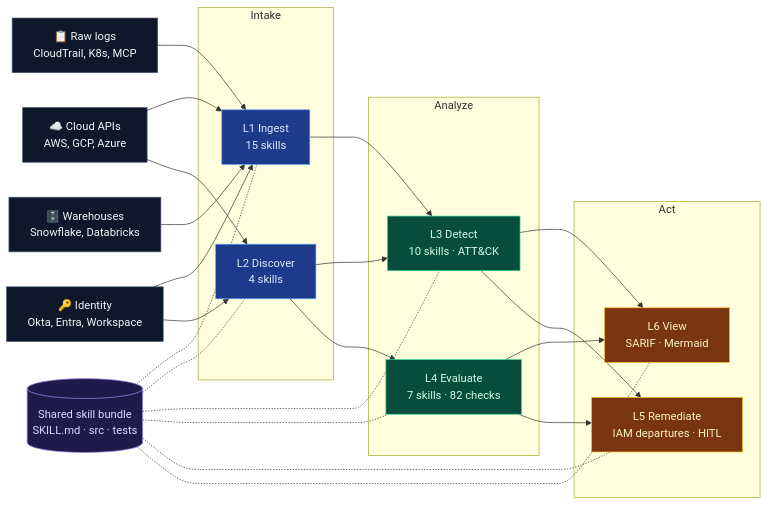
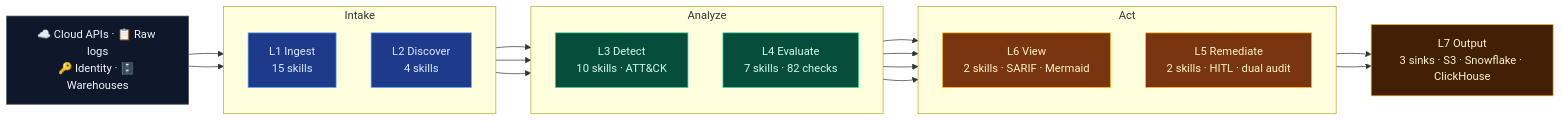
One commit to msaad00/cloud-ai-security-skills changed the first of 3 diagrams in README.md. Above: the diagram before and after it, drawn with Mermaid. The commit also changed 3 other files, not shown here.

First line of the commit message:
fix(docs): architecture mermaid cleanup + ARCHITECTURE layer-count wording + skill-count CI guard

````diff
--- a/README.md
+++ b/README.md
@@ -54,50 +54,39 @@
 ```mermaid
 flowchart LR
     classDef signal fill:#0f172a,stroke:#475569,color:#f1f5f9
     classDef intake fill:#1e3a8a,stroke:#60a5fa,color:#dbeafe
     classDef analyze fill:#064e3b,stroke:#34d399,color:#d1fae5
     classDef act fill:#78350f,stroke:#fbbf24,color:#fef3c7
-    classDef bundle fill:#1e1b4b,stroke:#a78bfa,color:#ddd6fe
+    classDef sink fill:#422006,stroke:#fbbf24,color:#fef3c7
 
-    cloud["☁️ Cloud APIs<br/>AWS, GCP, Azure"]:::signal
-    logs["📋 Raw logs<br/>CloudTrail, K8s, MCP"]:::signal
-    idp["🔑 Identity<br/>Okta, Entra, Workspace"]:::signal
-    lake["🗄️ Warehouses<br/>Snowflake, Databricks"]:::signal
+    sig["☁️ Cloud APIs · 📋 Raw logs<br/>🔑 Identity · 🗄️ Warehouses"]:::signal
 
     subgraph Intake
+        direction TB
         ingest["L1 Ingest<br/>15 skills"]:::intake
         discover["L2 Discover<br/>4 skills"]:::intake
     end
     subgraph Analyze
+        direction TB
         detect["L3 Detect<br/>10 skills · ATT&amp;CK"]:::analyze
         evaluate["L4 Evaluate<br/>7 skills · 82 checks"]:::analyze
     end
     subgraph Act
-        remediate["L5 Remediate<br/>IAM departures · HITL"]:::act
-        view["L6 View<br/>SARIF · Mermaid"]:::act
+        direction TB
+        view["L6 View<br/>2 skills · SARIF · Mermaid"]:::act
+        remediate["L5 Remediate<br/>2 skills · HITL · dual audit"]:::act
     end
+    output["L7 Output<br/>3 sinks · S3 · Snowflake · ClickHouse"]:::sink
 
-    bundle[("Shared skill bundle<br/>SKILL.md · src · tests")]:::bundle
-
-    cloud --> ingest
-    cloud --> discover
-    logs --> ingest
-    idp --> ingest
-    idp --> discover
-    lake --> ingest
-
+    sig --> ingest
+    sig --> discover
     ingest --> detect
     discover --> detect
     discover --> evaluate
     detect --> view
     detect --> remediate
     evaluate --> view
     evaluate --> remediate
-
-    bundle -.- ingest
-    bundle -.- discover
-    bundle -.- detect
-    bundle -.- evaluate
-    bundle -.- remediate
-    bundle -.- view
+    view --> output
+    remediate --> output
 ```
````
